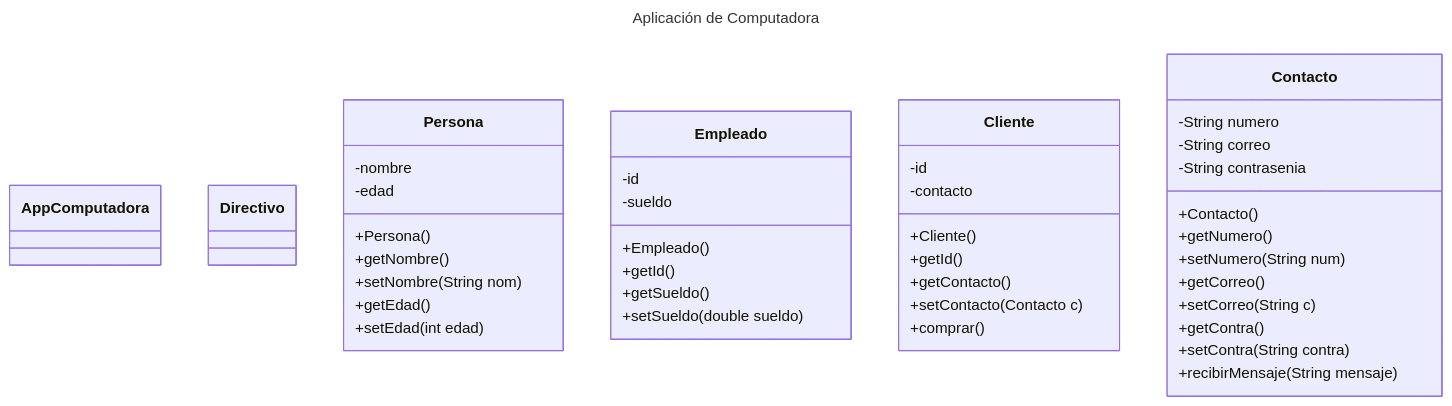
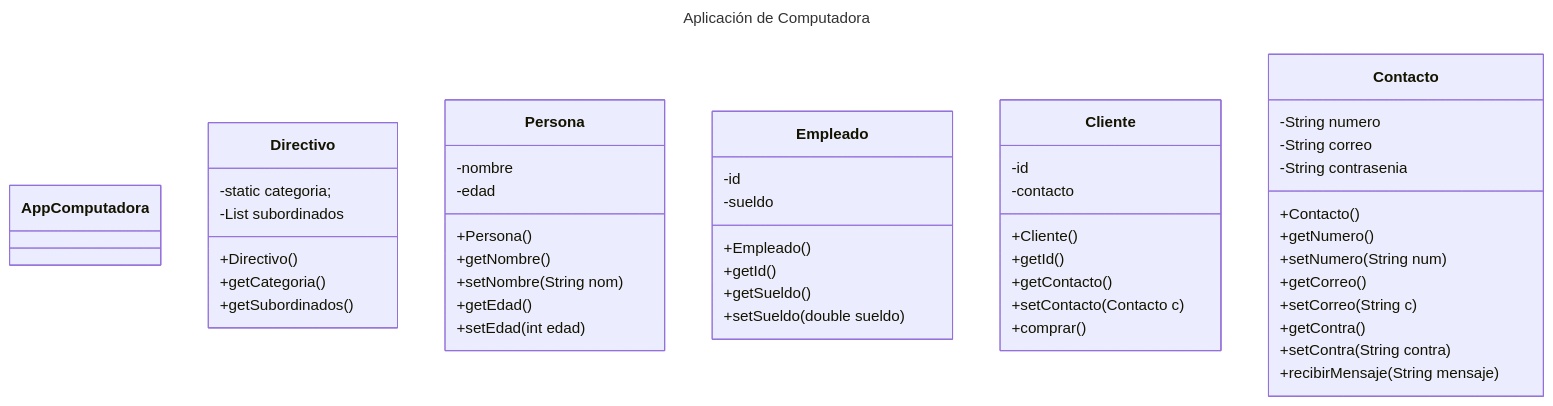
One commit to mauryci2/Jaime-Felix-POO-Base changed the diagram in README.md. Above: the diagram before and after it, drawn with Mermaid.

Commit message:
acabe la clase Directivo
Updated class diagram for Directivo to include attributes and methods.

````diff
--- a/README.md
+++ b/README.md
@@ -7,49 +7,53 @@
 ```mermaid
 ---
 title: Aplicación de Computadora
 ---
 classDiagram
       class AppComputadora
       class Directivo{
-      
-      }
+            -static categoria;
+            -List<Empleado> subordinados
+            +Directivo()
+            +getCategoria()
+            +getSubordinados()
+      }      
       class Persona{
             -nombre
             -edad
             +Persona()
             +getNombre()
             +setNombre(String nom)
             +getEdad()
             +setEdad(int edad)
       }
       class Empleado{
             -id
             -sueldo
              +Empleado()
             +getId()
             +getSueldo()
             +setSueldo(double sueldo)
       }
       class Cliente{
             -id
             -contacto
             +Cliente()
             +getId()
             +getContacto()
             +setContacto(Contacto c)
             +comprar()
       }
       class Contacto{
             -String numero
             -String correo
             -String contrasenia
             +Contacto()
             +getNumero()
             +setNumero(String num)
             +getCorreo()
             +setCorreo(String c)
             +getContra()
             +setContra(String contra)
             +recibirMensaje(String mensaje)
       }
 ```
````
